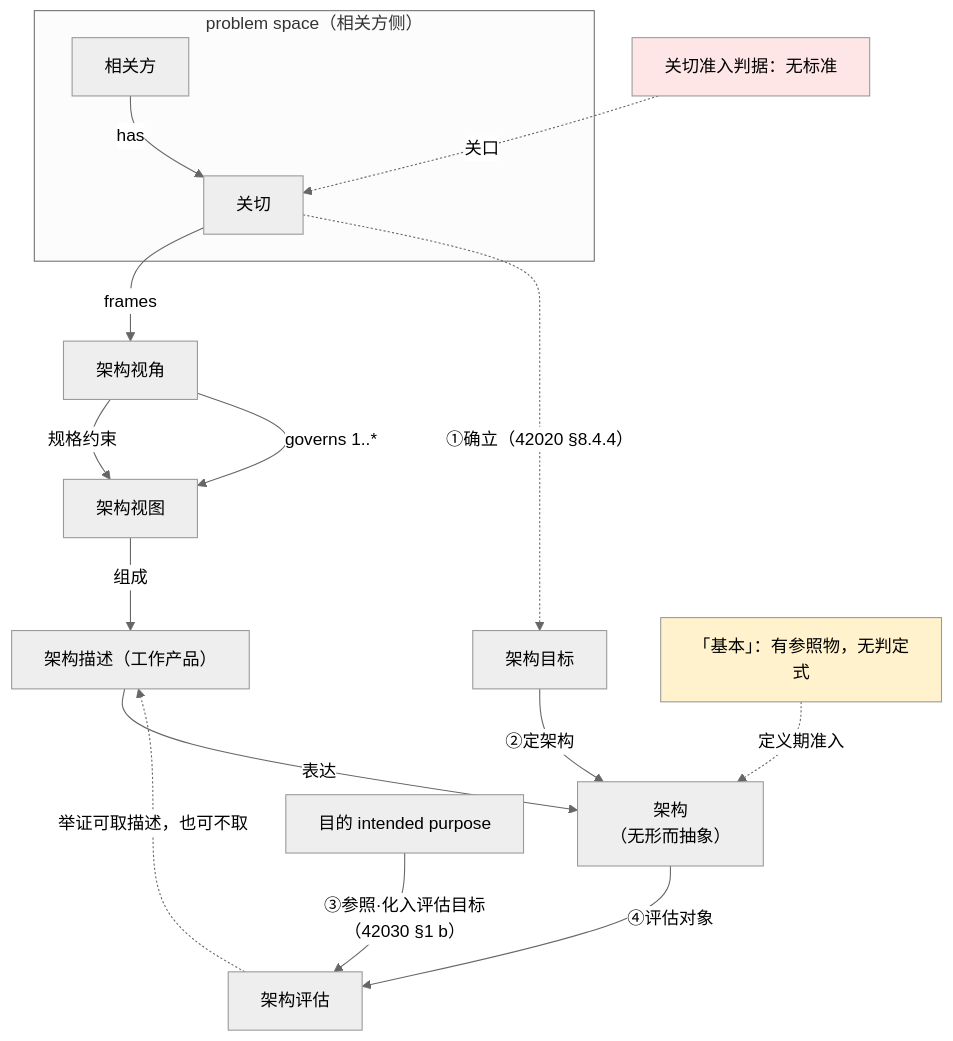
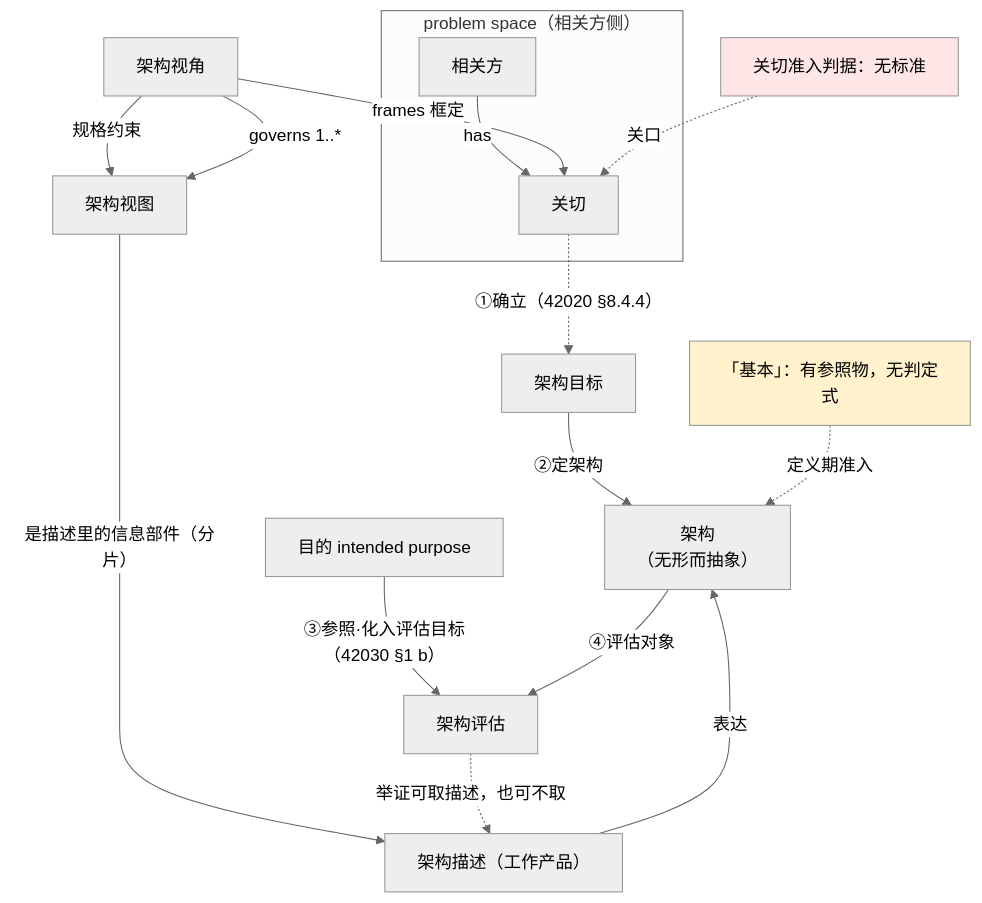
One commit to Yongjunzhou/business-Engineering changed the second of 3 diagrams in 10-系统工程研究/00-系统工程相关研究报告/32-架构视角与关切判据研究报告-从视角集到关切裁决.md. Above: the diagram before and after it, drawn with Mermaid (neutral theme). The commit also changed other lines of this file and 5 other files, not shown here.

````diff
--- a/10-系统工程研究/00-系统工程相关研究报告/32-架构视角与关切判据研究报告-从视角集到关切裁决.md
+++ b/10-系统工程研究/00-系统工程相关研究报告/32-架构视角与关切判据研究报告-从视角集到关切裁决.md
@@ -71,20 +187,20 @@
 ```mermaid
 flowchart TB
     subgraph P["problem space（相关方侧）"]
         SH["相关方"] -->|"has"| C["关切"]
     end
-    C -->|"frames"| VP["架构视角"]
+    VP["架构视角"] -->|"frames 框定"| C
     VP -->|"规格约束"| V["架构视图"]
     VP -->|"governs 1..*"| V
-    V -->|"组成"| AD["架构描述（工作产品）"]
+    V -->|"是描述里的信息部件（分片）"| AD["架构描述（工作产品）"]
     AD -->|"表达"| A["架构<br/>（无形而抽象）"]
     C -.->|"①确立（42020 §8.4.4）"| O["架构目标"]
     O -->|"②定架构"| A
     PP["目的 intended purpose"] -->|"③参照·化入评估目标（42030 §1 b）"| EV["架构评估"]
     A -->|"④评估对象"| EV
     EV -.->|"举证可取描述，也可不取"| AD
     N1["「基本」：有参照物，无判定式"] -.->|"定义期准入"| A
     N2["关切准入判据：无标准"] -.->|"关口"| C
     style N1 fill:#fff2cc
     style N2 fill:#ffe6e6
 ```
````
